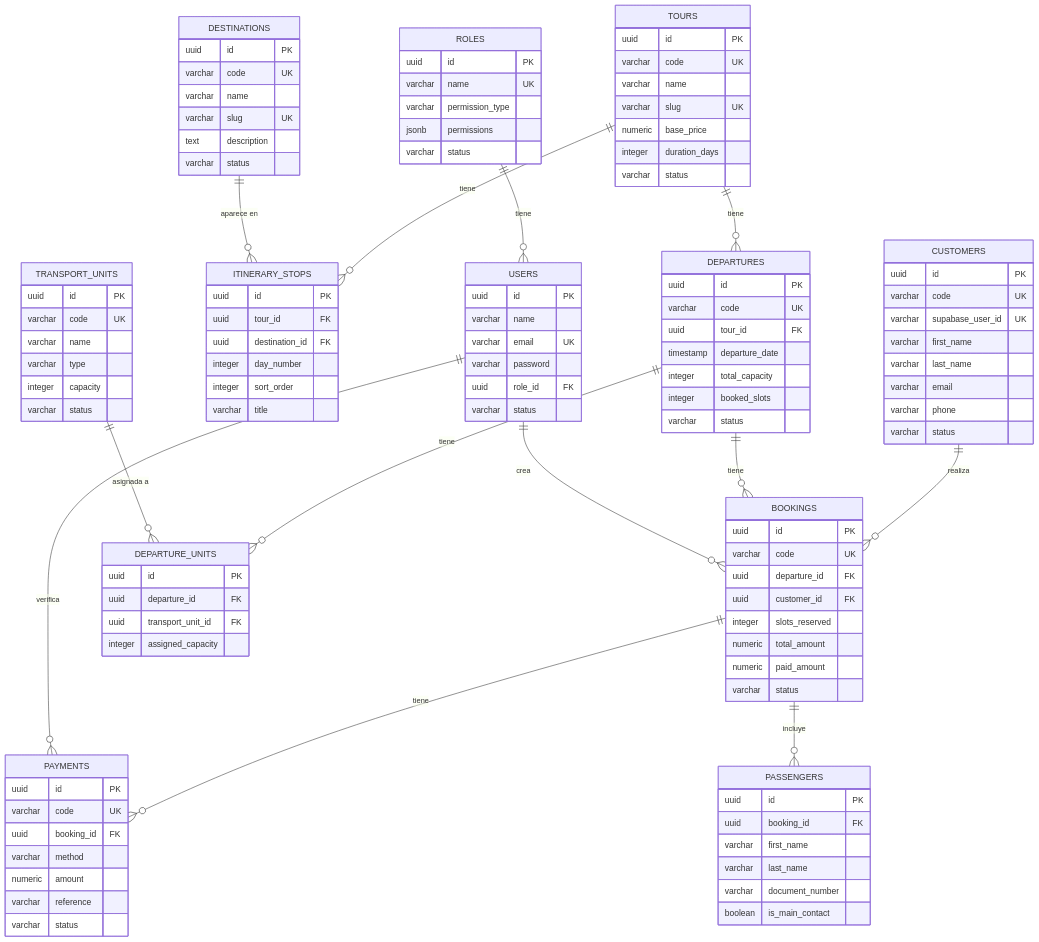
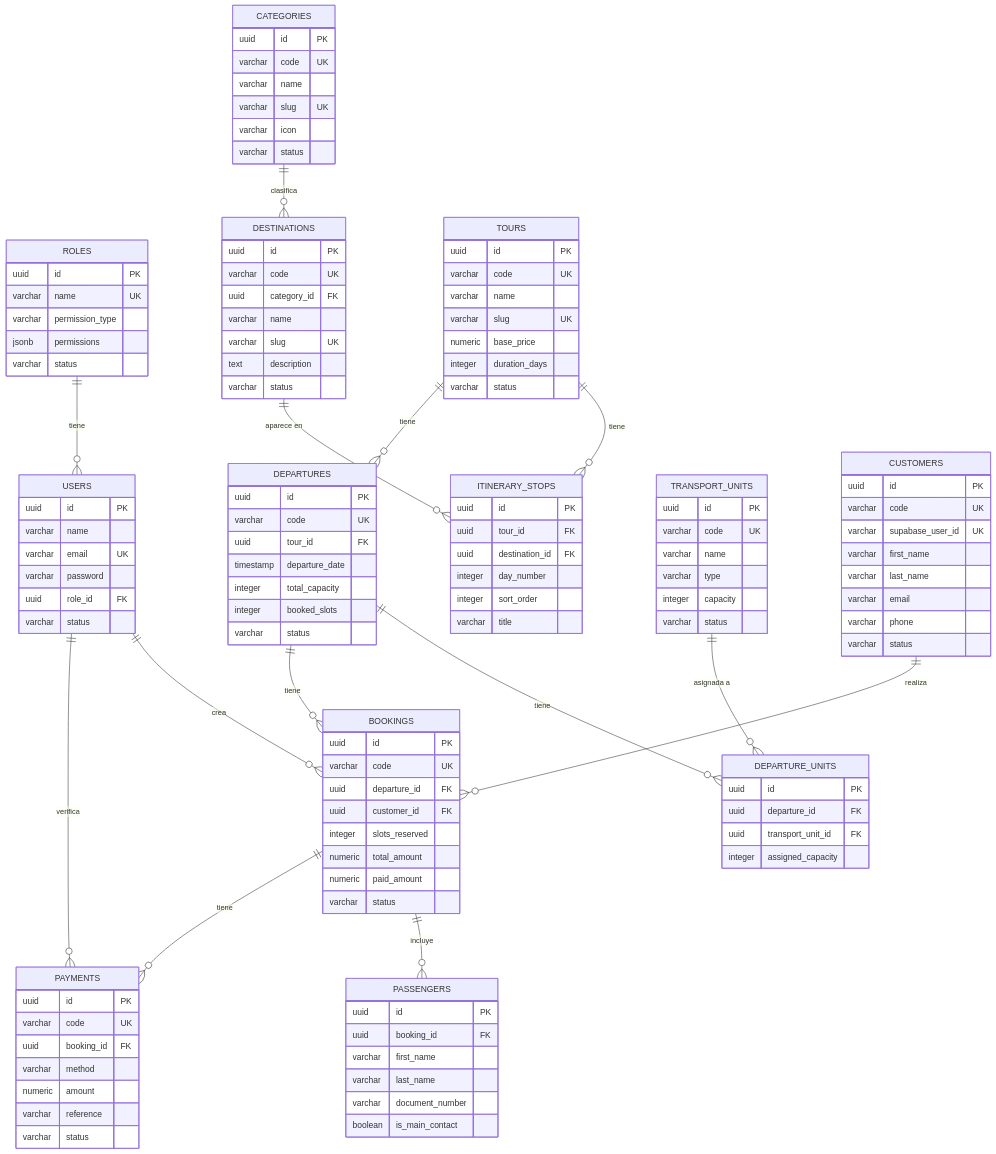
Before and after one commit to verlumyx/travel_demo: the first of 6 diagrams in docs/mvp-architecture.md, drawn with Mermaid. The commit also changed other lines of this file and 1 other file, not shown here.

```diff
--- a/docs/mvp-architecture.md
+++ b/docs/mvp-architecture.md
@@ -706,6 +747,7 @@
     ROLES ||--o{ USERS: "tiene"
     USERS ||--o{ BOOKINGS: "crea"
     USERS ||--o{ PAYMENTS: "verifica"
+    CATEGORIES ||--o{ DESTINATIONS: "clasifica"
     DESTINATIONS ||--o{ ITINERARY_STOPS: "aparece en"
     TOURS ||--o{ ITINERARY_STOPS: "tiene"
     TOURS ||--o{ DEPARTURES: "tiene"
@@ -733,9 +775,19 @@
         varchar status
     }
 
+    CATEGORIES {
+        uuid id PK
+        varchar code UK
+        varchar name
+        varchar slug UK
+        varchar icon
+        varchar status
+    }
+
     DESTINATIONS {
         uuid id PK
         varchar code UK
+        uuid category_id FK
         varchar name
         varchar slug UK
         text description
```
